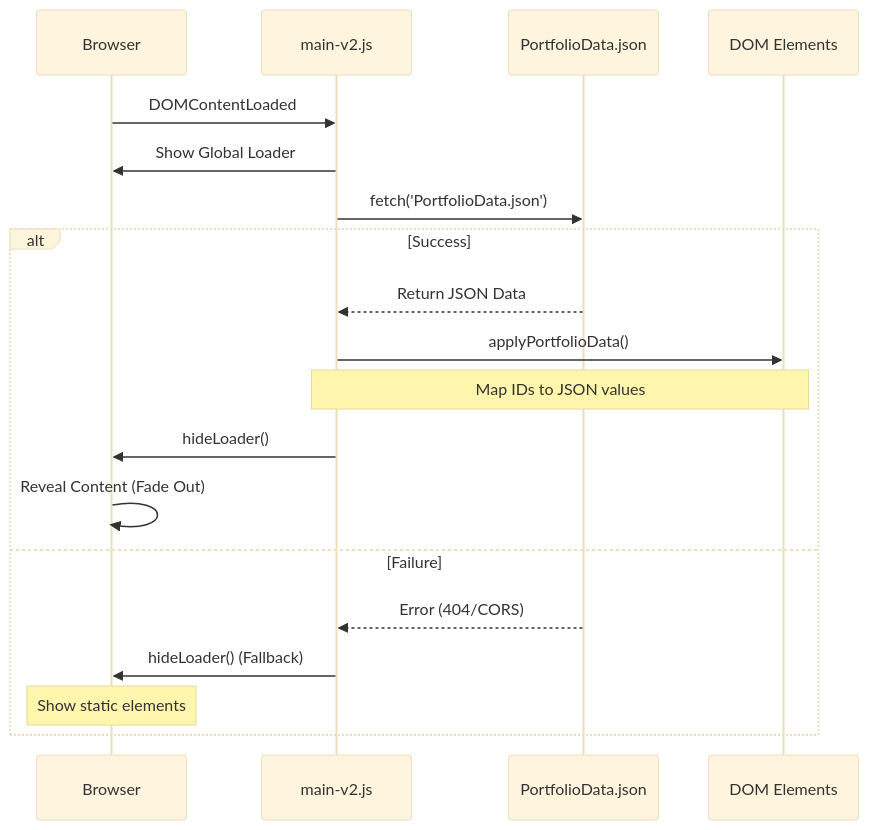
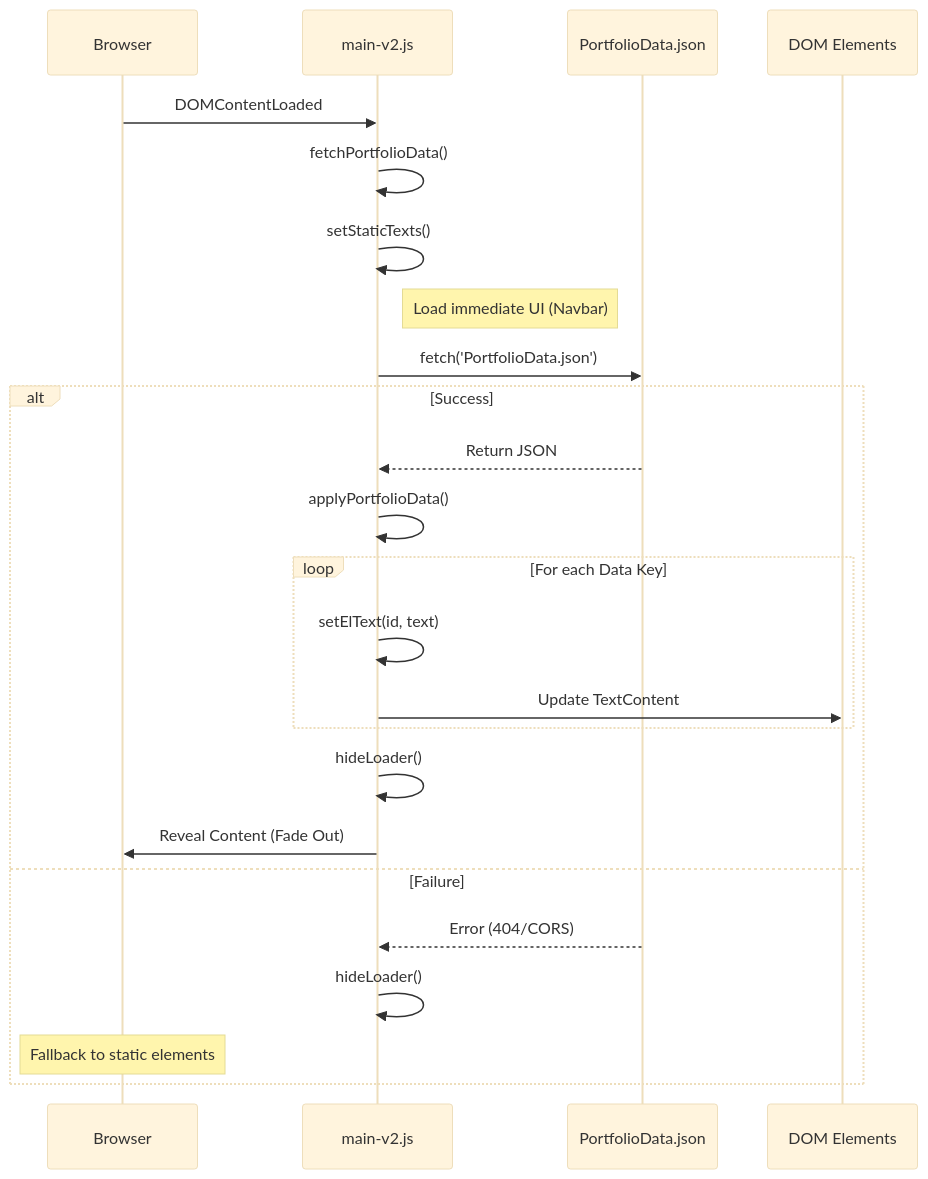
One commit to HarenaGit/Portfolio changed the diagram in README.md. Above: the diagram before and after it, drawn with Mermaid (base theme). The commit also changed other lines of this file, not shown here.

````diff
--- a/README.md
+++ b/README.md
@@ -50,22 +58,27 @@
 ```mermaid
 sequenceDiagram
     participant B as Browser
     participant JS as main-v2.js
     participant JSON as PortfolioData.json
     participant D as DOM Elements
 
     B->>JS: DOMContentLoaded
-    JS->>B: Show Global Loader
+    JS->>JS: fetchPortfolioData()
+    JS->>JS: setStaticTexts()
+    Note right of JS: Load immediate UI (Navbar)
     JS->>JSON: fetch('PortfolioData.json')
     alt Success
-        JSON-->>JS: Return JSON Data
-        JS->>D: applyPortfolioData()
-        Note over JS,D: Map IDs to JSON values
-        JS->>B: hideLoader()
-        B->>B: Reveal Content (Fade Out)
+        JSON-->>JS: Return JSON
+        JS->>JS: applyPortfolioData()
+        loop For each Data Key
+            JS->>JS: setElText(id, text)
+            JS->>D: Update TextContent
+        end
+        JS->>JS: hideLoader()
+        JS->>B: Reveal Content (Fade Out)
     else Failure
         JSON-->>JS: Error (404/CORS)
-        JS->>B: hideLoader() (Fallback)
-        Note over B: Show static elements
+        JS->>JS: hideLoader()
+        Note over B: Fallback to static elements
     end
 ```
````
